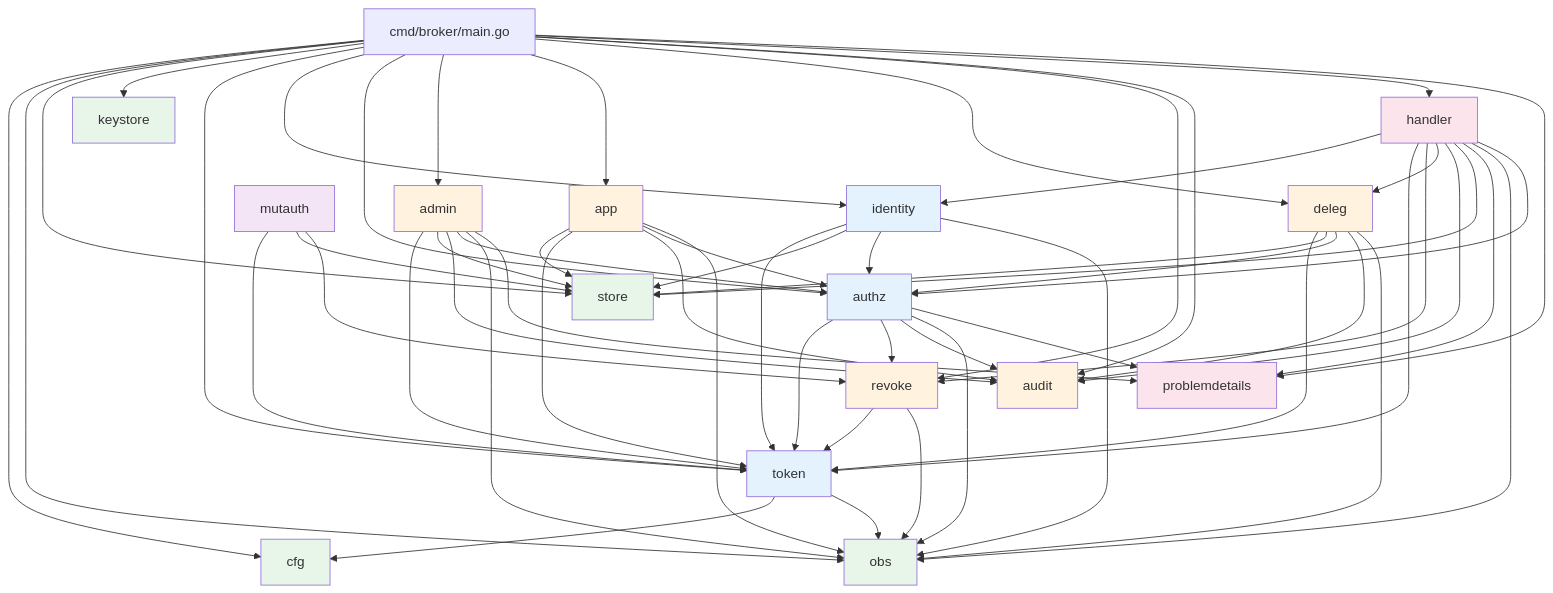
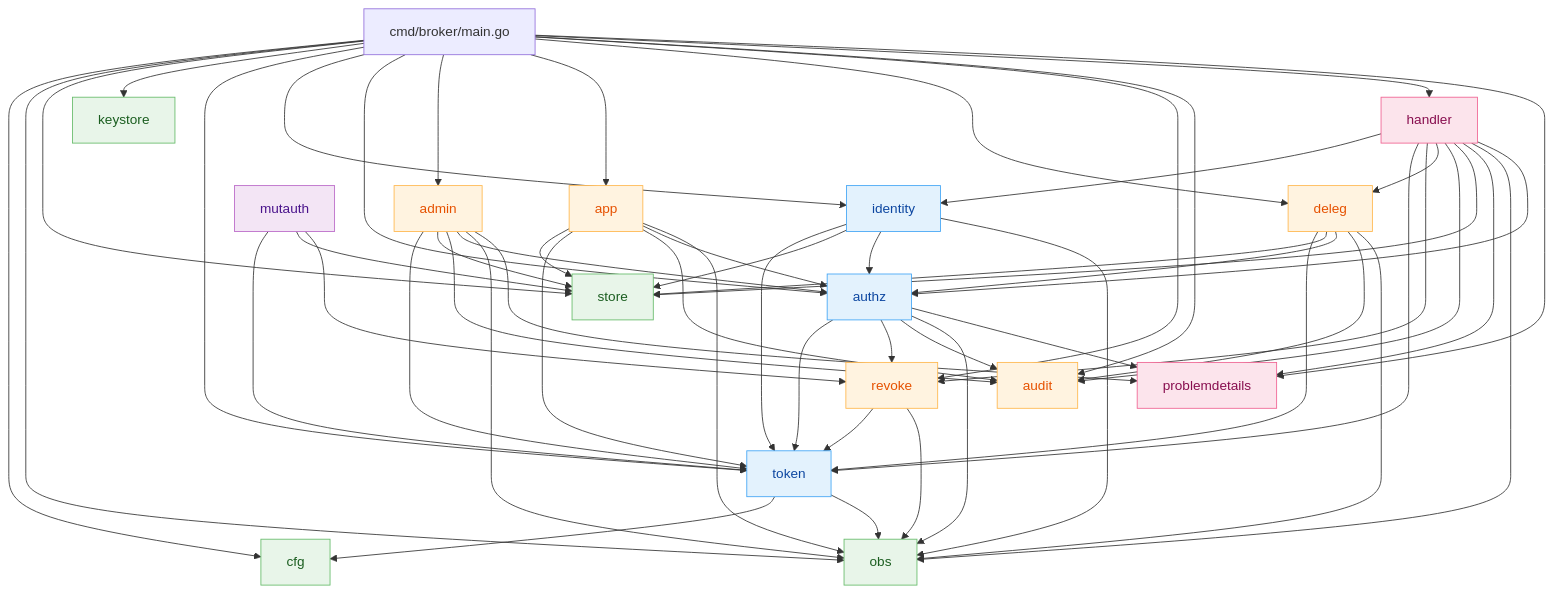
The third of 7 diagrams in docs/architecture.md (devonartis/agentwrit), drawn with Mermaid before and after one commit. The commit also changed other lines of this file and 6 other files, not shown here.

First line of the commit message:
docs: align public diagrams and add svg companion

```diff
--- a/docs/architecture.md
+++ b/docs/architecture.md
@@ -205,11 +213,11 @@
     STORE["store"]
     AUDIT["audit"]
 
-    classDef foundation fill:#e8f5e9
-    classDef security fill:#e3f2fd
-    classDef domain fill:#fff3e0
-    classDef transport fill:#fce4ec
-    classDef protocol fill:#f3e5f5
+    classDef foundation fill:#e8f5e9,stroke:#66bb6a,color:#1b5e20
+    classDef security fill:#e3f2fd,stroke:#42a5f5,color:#0d47a1
+    classDef domain fill:#fff3e0,stroke:#ffb74d,color:#e65100
+    classDef transport fill:#fce4ec,stroke:#f06292,color:#880e4f
+    classDef protocol fill:#f3e5f5,stroke:#ba68c8,color:#4a148c
 
     class CFG,OBS,STORE,KEYSTORE foundation
     class TOKEN,IDENTITY,AUTHZ security
```
